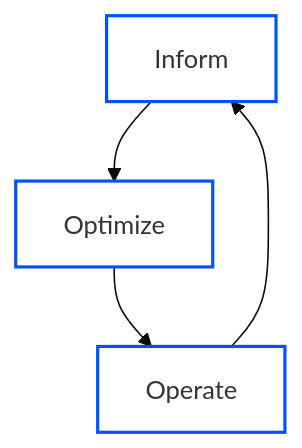
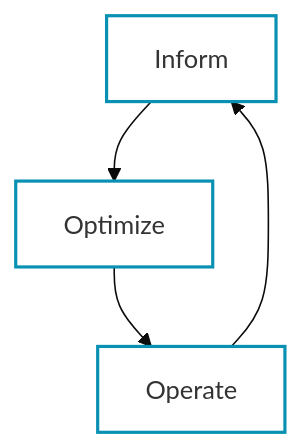
One commit to muskanbandta23/zopebooks changed the third of 3 diagrams in docs/EBOOK_UPGRADE_ROADMAP.md. Above: the diagram before and after it, drawn with Mermaid. The commit also changed other lines of this file and 53 other files, not shown here.

````diff
--- a/docs/EBOOK_UPGRADE_ROADMAP.md
+++ b/docs/EBOOK_UPGRADE_ROADMAP.md
@@ -546,9 +546,9 @@
 ```{mermaid}
 %%{init: {'theme':'base', 'themeVariables': {'primaryColor':'#ffffff'}}}%%
 graph TD
     A[Inform] --> B[Optimize]
     B --> C[Operate]
     C --> A
     
-    classDef default fill:#fff,stroke:#0052FF,stroke-width:2px
+    classDef default fill:#fff,stroke:#0891b2,stroke-width:2px
 ```
````
